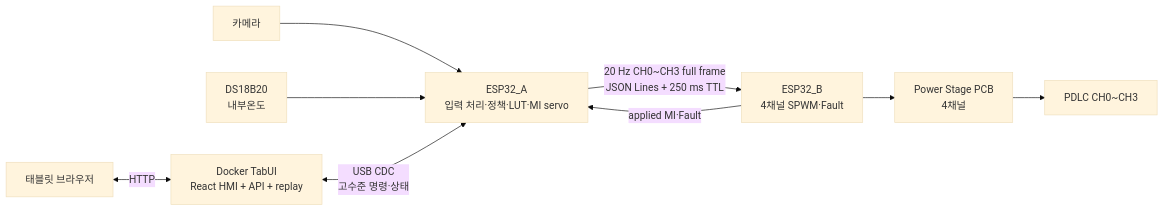
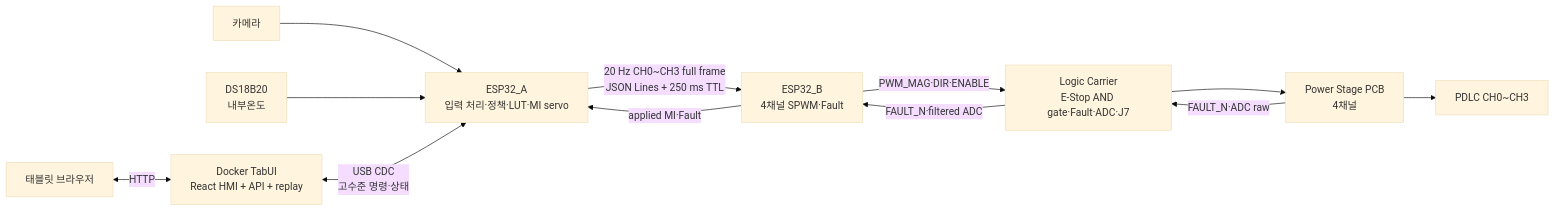
The diagram in README.md (ifinalp0/2026ESWcontest_free_KUGLASS), drawn with Mermaid (base theme) before and after one commit. The commit also changed other lines of this file and 1594 other files, not shown here.

````diff
--- a/README.md
+++ b/README.md
@@ -9,11 +9,14 @@
 ```mermaid
 flowchart LR
     CAM[카메라] --> A[ESP32_A<br/>입력 처리·정책·LUT·MI servo]
     TEMP[DS18B20<br/>내부온도] --> A
     A -->|20 Hz CH0~CH3 full frame<br/>JSON Lines + 250 ms TTL| B[ESP32_B<br/>4채널 SPWM·Fault]
-    B --> POWER[Power Stage PCB<br/>4채널]
+    B -->|PWM_MAG·DIR·ENABLE| CARRIER[Logic Carrier<br/>E-Stop AND gate·Fault·ADC·J7]
+    CARRIER --> POWER[Power Stage PCB<br/>4채널]
+    POWER -->|FAULT_N·ADC raw| CARRIER
+    CARRIER -->|FAULT_N·filtered ADC| B
     POWER --> PDLC[PDLC CH0~CH3]
     B -->|applied MI·Fault| A
     TABLET[태블릿 브라우저] <-->|HTTP| TAB[Docker TabUI<br/>React HMI + API + replay]
     TAB <-->|USB CDC<br/>고수준 명령·상태| A
 ```
````
